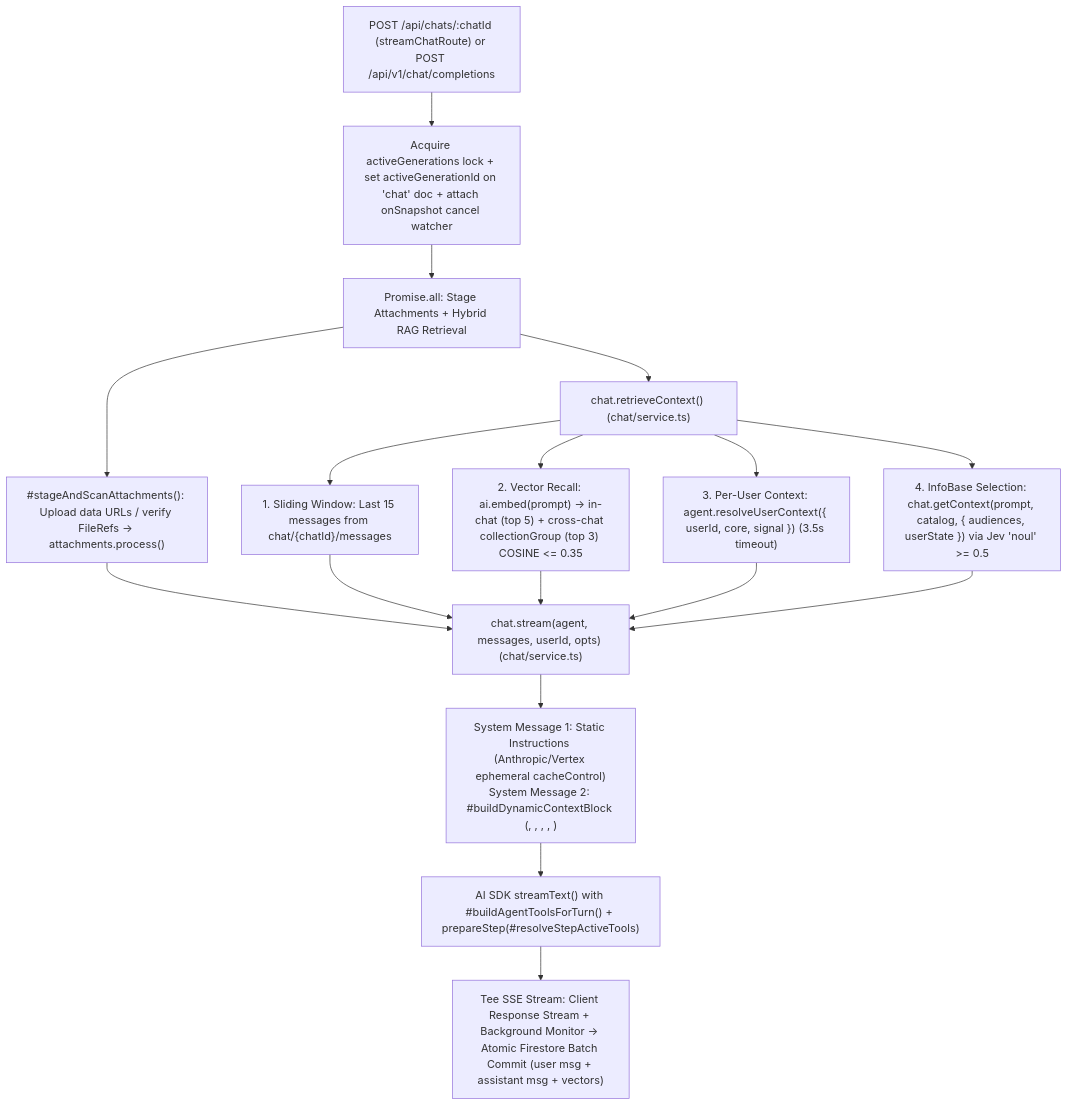
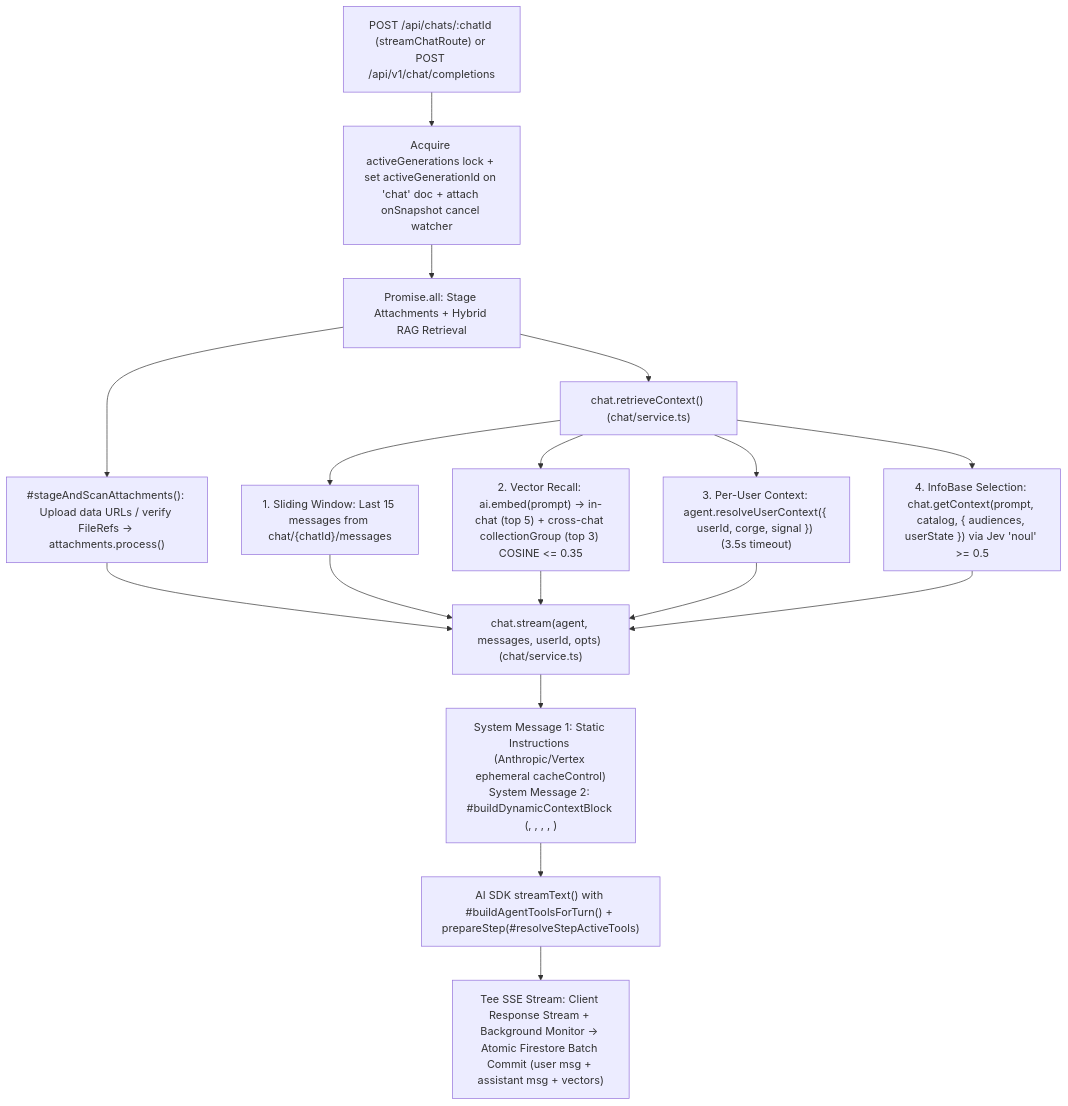
Before and after one commit to corgelabs/corge: the fourth of 5 diagrams in docs/SPEC.md, drawn with Mermaid. The commit also changed other lines of this file and 47 other files, not shown here.

Commit message:
feat!: rename SDK exports from Core/core/useCore to Corge/corge/useCorge and make brand assets transparent

````diff
--- a/docs/SPEC.md
+++ b/docs/SPEC.md
@@ -480,18 +480,18 @@
 ```mermaid
 flowchart TD
   Client["POST /api/chats/:chatId (streamChatRoute) or POST /api/v1/chat/completions"] --> Lock["Acquire activeGenerations lock + set activeGenerationId on 'chat' doc + attach onSnapshot cancel watcher"]
   Lock --> ParallelPrep["Promise.all: Stage Attachments + Hybrid RAG Retrieval"]
 
   ParallelPrep --> Stage["#stageAndScanAttachments(): Upload data URLs / verify FileRefs -> attachments.process()"]
   ParallelPrep --> Hybrid["chat.retrieveContext() (chat/service.ts)"]
 
   Hybrid --> H1["1. Sliding Window: Last 15 messages from chat/{chatId}/messages"]
   Hybrid --> H2["2. Vector Recall: ai.embed(prompt) -> in-chat (top 5) + cross-chat collectionGroup (top 3) COSINE <= 0.35"]
-  Hybrid --> H3["3. Per-User Context: agent.resolveUserContext({ userId, core, signal }) (3.5s timeout)"]
+  Hybrid --> H3["3. Per-User Context: agent.resolveUserContext({ userId, corge, signal }) (3.5s timeout)"]
   Hybrid --> H4["4. InfoBase Selection: chat.getContext(prompt, catalog, { audiences, userState }) via Jev 'noul' >= 0.5"]
 
   Stage & H1 & H2 & H3 & H4 --> RunAgent["chat.stream(agent, messages, userId, opts) (chat/service.ts)"]
   RunAgent --> SysPrompts["System Message 1: Static Instructions (Anthropic/Vertex ephemeral cacheControl)\nSystem Message 2: #buildDynamicContextBlock (<user_state>, <user_records>, <recalled_memory>, <infobase_context>, <staged_attachments>)"]
   SysPrompts --> StreamText["AI SDK streamText() with #buildAgentToolsForTurn() + prepareStep(#resolveStepActiveTools)"]
   StreamText --> Tee["Tee SSE Stream: Client Response Stream + Background Monitor -> Atomic Firestore Batch Commit (user msg + assistant msg + vectors)"]
 ```
````
